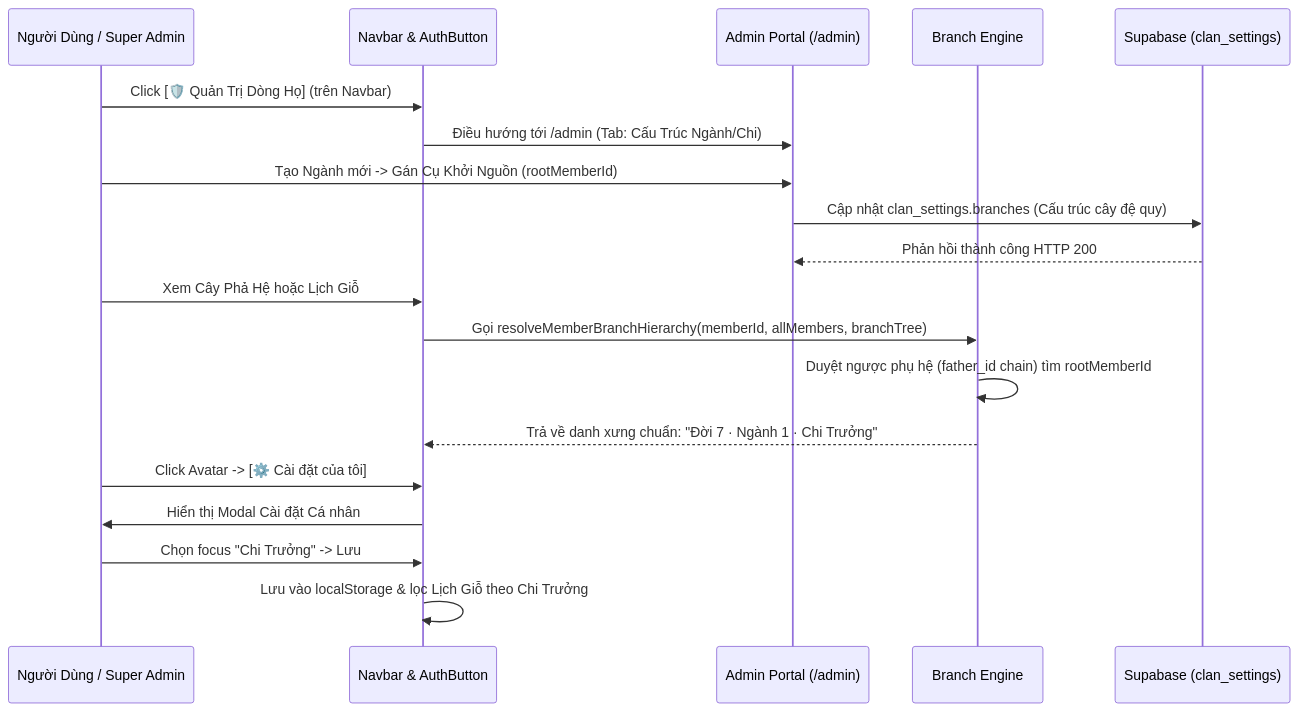
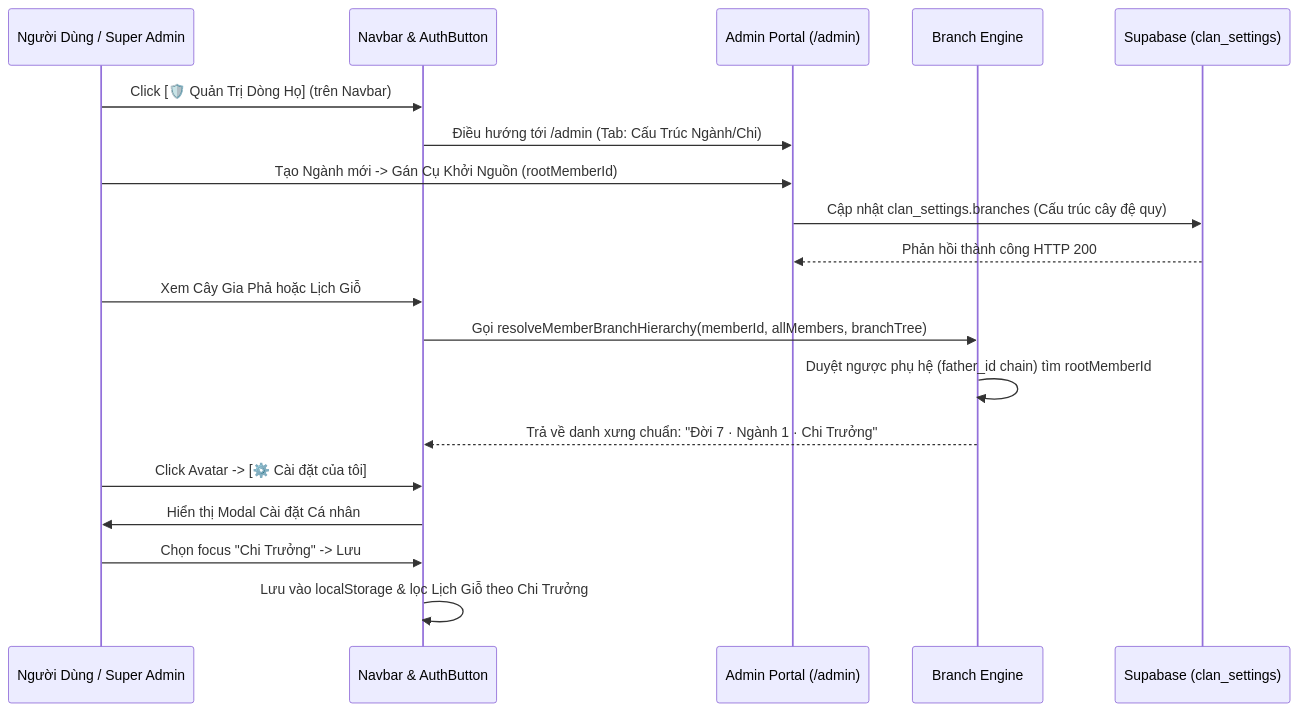
The diagram in docs/15_Micro-Spec_Milestone_6_Branch_Taxonomy_Admin_Portal.md (giappt/gia-pha), drawn with Mermaid before and after one commit. The commit also changed other lines of this file and 71 other files, not shown here.

````diff
--- a/docs/15_Micro-Spec_Milestone_6_Branch_Taxonomy_Admin_Portal.md
+++ b/docs/15_Micro-Spec_Milestone_6_Branch_Taxonomy_Admin_Portal.md
@@ -85,27 +85,27 @@
 ```mermaid
 sequenceDiagram
     participant U as Người Dùng / Super Admin
     participant N as Navbar & AuthButton
     participant A as Admin Portal (/admin)
     participant E as Branch Engine
     participant S as Supabase (clan_settings)
 
     %% Luồng 1: Super Admin quản lý cấu trúc Ngành/Chi
     U->>N: Click [🛡️ Quản Trị Dòng Họ] (trên Navbar)
     N->>A: Điều hướng tới /admin (Tab: Cấu Trúc Ngành/Chi)
     U->>A: Tạo Ngành mới -> Gán Cụ Khởi Nguồn (rootMemberId)
     A->>S: Cập nhật clan_settings.branches (Cấu trúc cây đệ quy)
     S-->>A: Phản hồi thành công HTTP 200
 
-    %% Luồng 2: Kế thừa phả hệ tự động
-    U->>N: Xem Cây Phả Hệ hoặc Lịch Giỗ
+    %% Luồng 2: Kế thừa Gia Phả tự động
+    U->>N: Xem Cây Gia Phả hoặc Lịch Giỗ
     N->>E: Gọi resolveMemberBranchHierarchy(memberId, allMembers, branchTree)
     E->>E: Duyệt ngược phụ hệ (father_id chain) tìm rootMemberId
     E-->>N: Trả về danh xưng chuẩn: "Đời 7 · Ngành 1 · Chi Trưởng"
 
     %% Luồng 3: Cài đặt cá nhân
     U->>N: Click Avatar -> [⚙️ Cài đặt của tôi]
     N->>U: Hiển thị Modal Cài đặt Cá nhân
     U->>N: Chọn focus "Chi Trưởng" -> Lưu
     N->>N: Lưu vào localStorage & lọc Lịch Giỗ theo Chi Trưởng
 ```
````
